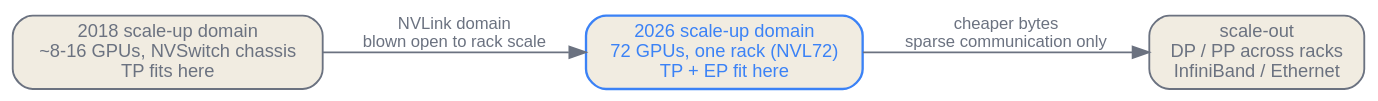
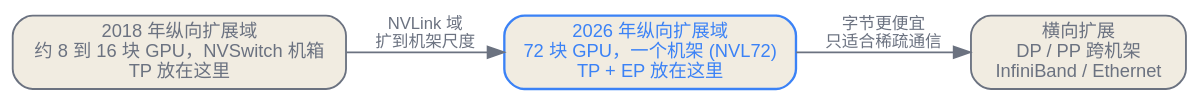
Before and after one commit to latere-ai/ai-as-an-infrastructure: the second of 4 diagrams in zh/infrastructure/03-the-compute-frontier.qmd, drawn with Graphviz. The commit also changed other lines of this file and 273 other files, not shown here.

Commit message:
docs: localize Chinese diagrams

````diff
--- a/zh/infrastructure/03-the-compute-frontier.qmd
+++ b/zh/infrastructure/03-the-compute-frontier.qmd
@@ -44,17 +44,17 @@
 ```{dot}
 //| label: fig-compute-frontier-domain
 //| fig-cap: "@sec-accelerators-networking 钉在节点上的 scale-up 域已扩到机架。最吃带宽的并行轴如今能在一个一致性互连内跨 72 块加速器，而此前只跨约 8 块；越过域的边缘，只有稀疏通信才付得起更慢的互连。"
 digraph scaleup {
   rankdir=LR;
   bgcolor="transparent";
   node [shape=box, style="rounded,filled", fontname="Helvetica", fontsize=11, color="#6b7280", fontcolor="#6b7280", fillcolor="#f1ece1", penwidth=1.1];
   edge [fontname="Helvetica", fontsize=10, color="#6b7280", fontcolor="#6b7280"];
 
-  old [label="2018 scale-up domain\n~8-16 GPUs, NVSwitch chassis\nTP fits here"];
-  new [label="2026 scale-up domain\n72 GPUs, one rack (NVL72)\nTP + EP fit here", color="#3b82f6", fontcolor="#3b82f6", penwidth=1.4];
-  out [label="scale-out\nDP / PP across racks\nInfiniBand / Ethernet"];
+  old [label="2018 年纵向扩展域\n约 8 到 16 块 GPU，NVSwitch 机箱\nTP 放在这里"];
+  new [label="2026 年纵向扩展域\n72 块 GPU，一个机架 (NVL72)\nTP + EP 放在这里", color="#3b82f6", fontcolor="#3b82f6", penwidth=1.4];
+  out [label="横向扩展\nDP / PP 跨机架\nInfiniBand / Ethernet"];
 
-  old -> new [label="NVLink domain\nblown open to rack scale"];
-  new -> out [label="cheaper bytes\nsparse communication only"];
+  old -> new [label="NVLink 域\n扩到机架尺度"];
+  new -> out [label="字节更便宜\n只适合稀疏通信"];
 }
 ```
````
